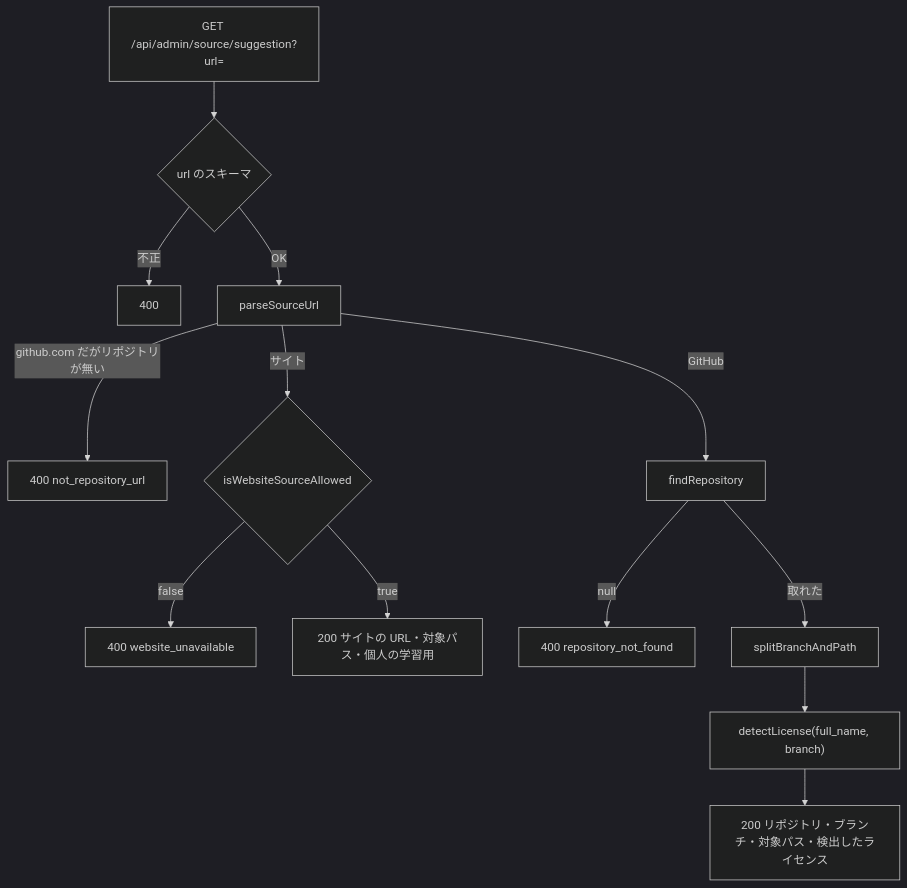
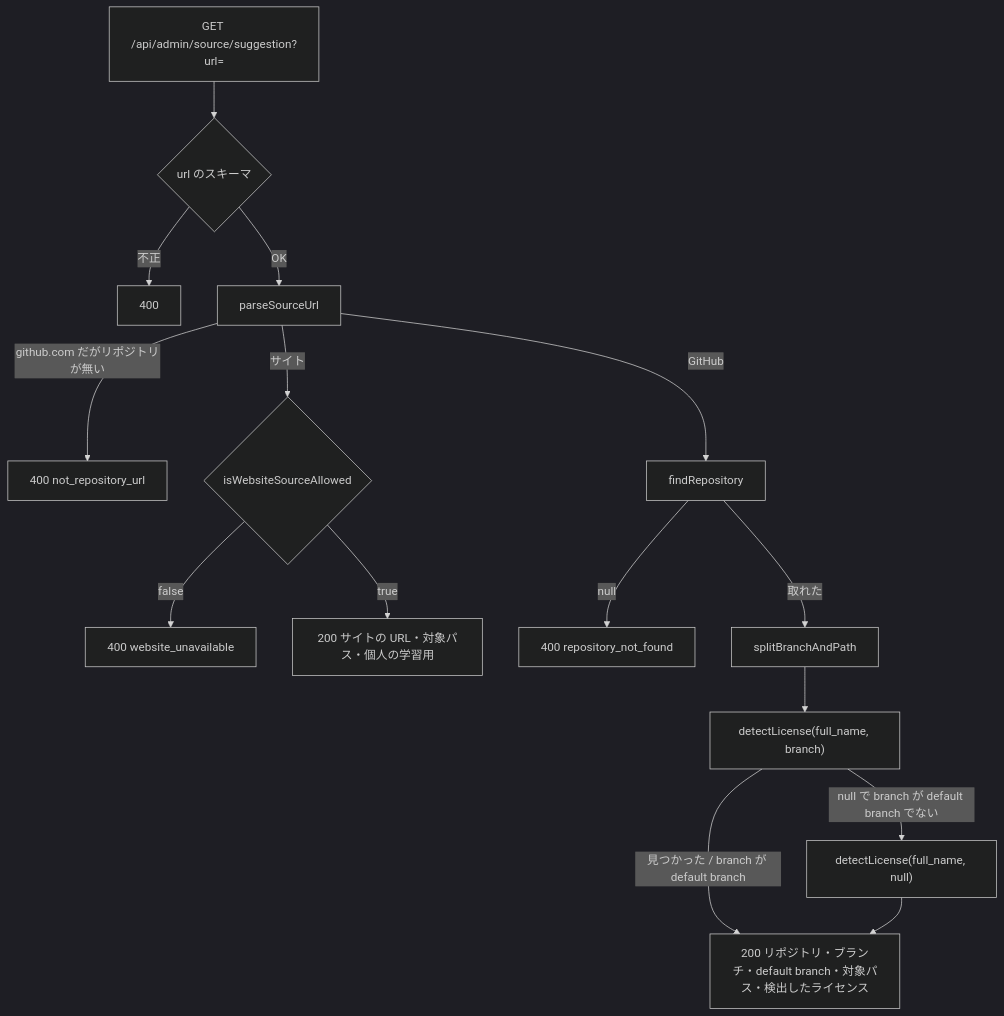
The diagram in docs/spec/source-registration-by-url/tasks/step1-api-source-suggestion.md (kentakki416/tech-english), drawn with Mermaid (dark theme) before and after one commit. The commit also changed other lines of this file and 2 other files, not shown here.

Commit message:
docs(spec): pr-review（#98）の指摘を直す（proxy の 401 で理由が出ないのを status で分け、default branch でないブランチは画面に出してライセンスは default branch を見直し、サイトのライセンスの URL の既定と github-only-collection・content-collection の書き換えを足し、Route Handler にする理由・エラーコードの名前・取得方法の表示名・glob の特殊文字・リンク・dev ログインの手順を直す）

````diff
--- a/docs/spec/source-registration-by-url/tasks/step1-api-source-suggestion.md
+++ b/docs/spec/source-registration-by-url/tasks/step1-api-source-suggestion.md
@@ -54,15 +55,17 @@
 ```mermaid
 flowchart TD
     A[GET /api/admin/source/suggestion?url=] --> B{url のスキーマ}
     B -- 不正 --> E400[400]
     B -- OK --> C[parseSourceUrl]
     C -- github.com だがリポジトリが無い --> N1[400 not_repository_url]
     C -- サイト --> W{isWebsiteSourceAllowed}
     W -- false --> N2[400 website_unavailable]
     W -- true --> WS[200 サイトの URL・対象パス・個人の学習用]
     C -- GitHub --> R[findRepository]
     R -- null --> N3[400 repository_not_found]
     R -- 取れた --> S[splitBranchAndPath]
     S --> L["detectLicense(full_name, branch)"]
-    L --> GS[200 リポジトリ・ブランチ・対象パス・検出したライセンス]
+    L -- 見つかった / branch が default branch --> GS[200 リポジトリ・ブランチ・default branch・対象パス・検出したライセンス]
+    L -- null で branch が default branch でない --> LD["detectLicense(full_name, null)"]
+    LD --> GS
 ```
````
